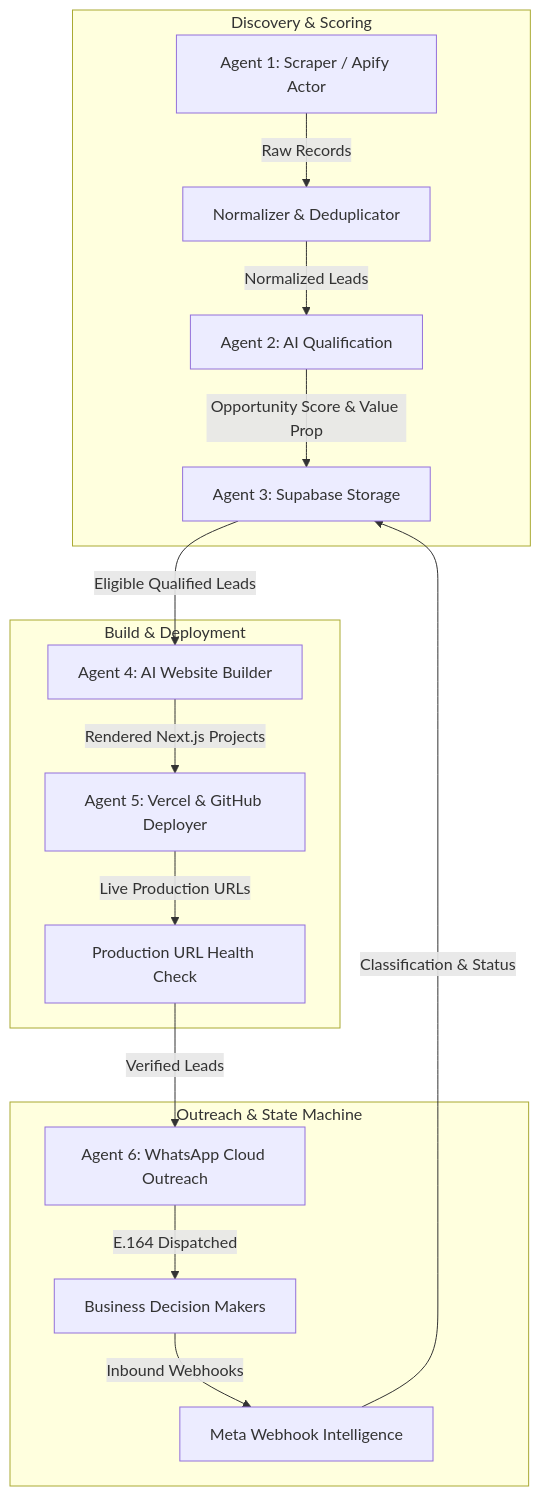
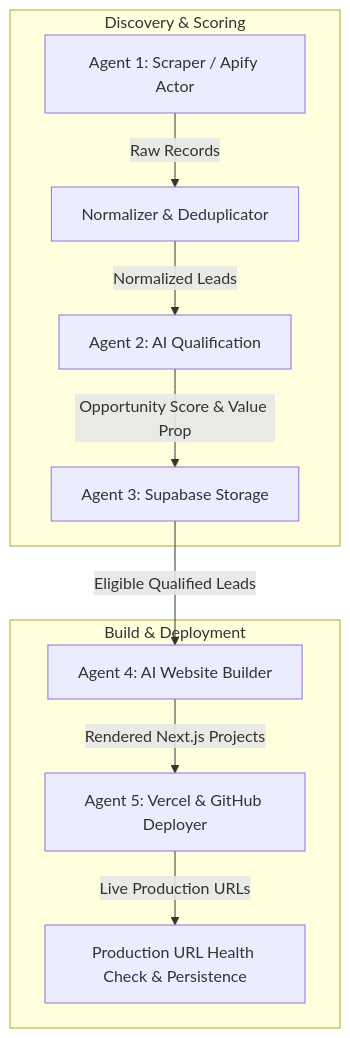
The diagram in ARCHITECTURE.md (Sanjai-Gopal/vasaw-ai), drawn with Mermaid before and after one commit. The commit also changed other lines of this file and 37 other files, not shown here.

````diff
--- a/ARCHITECTURE.md
+++ b/ARCHITECTURE.md
@@ -7,21 +21,14 @@
 ```mermaid
 graph TD
     subgraph Discovery & Scoring
         A1[Agent 1: Scraper / Apify Actor] -->|Raw Records| NORM[Normalizer & Deduplicator]
         NORM -->|Normalized Leads| A2[Agent 2: AI Qualification]
         A2 -->|Opportunity Score & Value Prop| A3[Agent 3: Supabase Storage]
     end
 
     subgraph Build & Deployment
         A3 -->|Eligible Qualified Leads| A4[Agent 4: AI Website Builder]
         A4 -->|Rendered Next.js Projects| A5[Agent 5: Vercel & GitHub Deployer]
-        A5 -->|Live Production URLs| VERIFY[Production URL Health Check]
-    end
-
-    subgraph Outreach & State Machine
-        VERIFY -->|Verified Leads| A6[Agent 6: WhatsApp Cloud Outreach]
-        A6 -->|E.164 Dispatched| CLIENTS[Business Decision Makers]
-        CLIENTS -->|Inbound Webhooks| WEBHOOK[Meta Webhook Intelligence]
-        WEBHOOK -->|Classification & Status| A3
+        A5 -->|Live Production URLs| VERIFY[Production URL Health Check & Persistence]
     end
 ```
````
